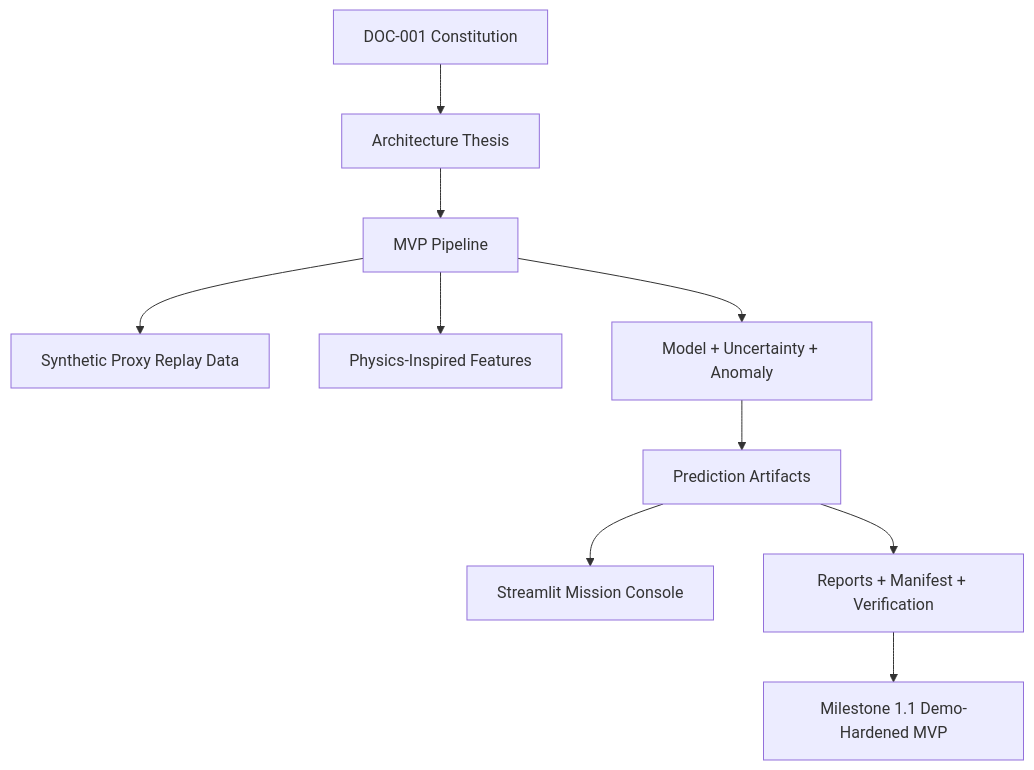
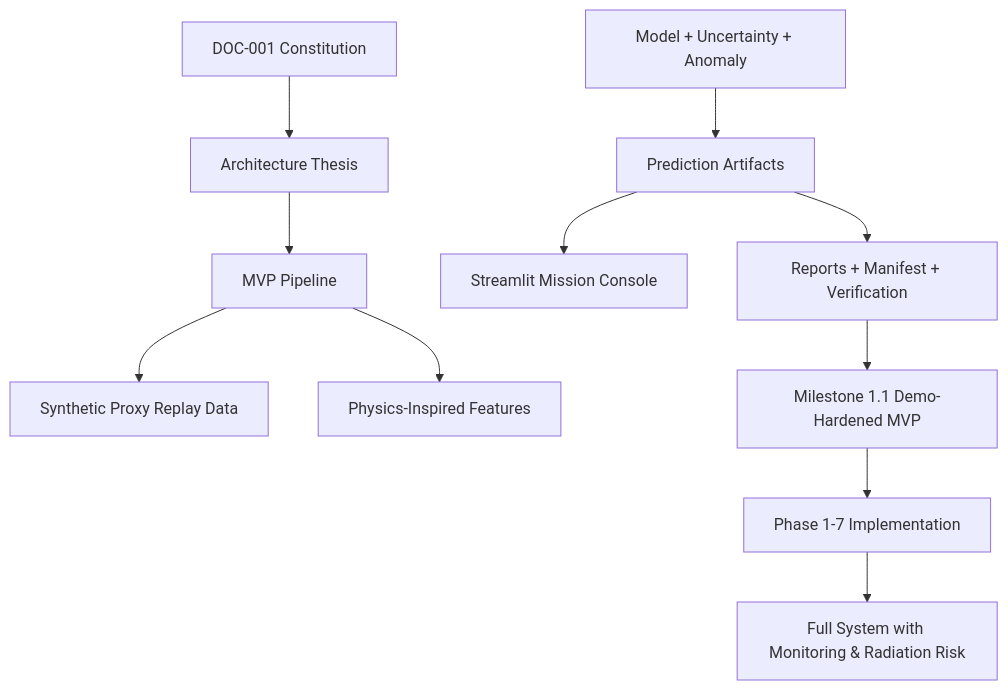
One commit to RavaniRoshan/arka-netra changed the first of 13 diagrams in explanation.md. Above: the diagram before and after it, drawn with Mermaid. The commit also changed other lines of this file and 11 other files, not shown here.

````diff
--- a/explanation.md
+++ b/explanation.md
@@ -22,12 +26,13 @@
 ```mermaid
 flowchart TD
     A["DOC-001 Constitution"] --> B["Architecture Thesis"]
     B --> C["MVP Pipeline"]
     C --> D["Synthetic Proxy Replay Data"]
     C --> E["Physics-Inspired Features"]
-    C --> F["Model + Uncertainty + Anomaly"]
-    F --> G["Prediction Artifacts"]
+    F["Model + Uncertainty + Anomaly"] --> G["Prediction Artifacts"]
     G --> H["Streamlit Mission Console"]
     G --> I["Reports + Manifest + Verification"]
     I --> J["Milestone 1.1 Demo-Hardened MVP"]
+    J --> K["Phase 1-7 Implementation"]
+    K --> L["Full System with Monitoring & Radiation Risk"]
 ```
````
